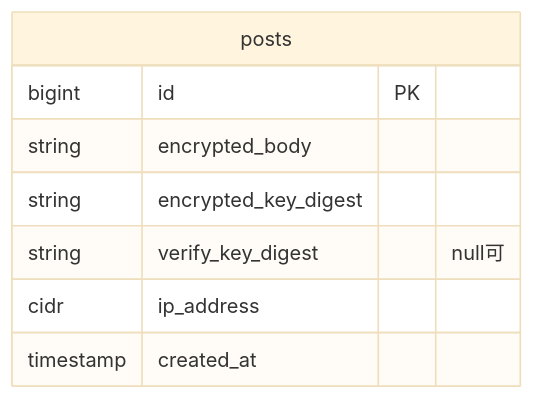
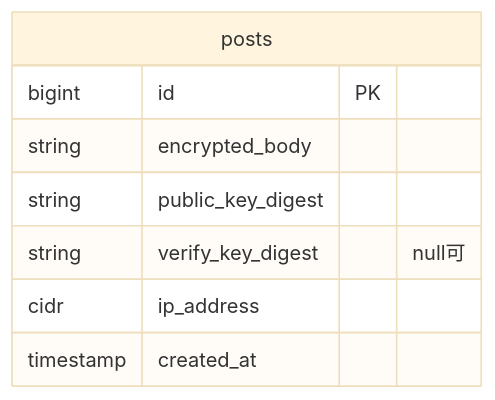
The first of 3 diagrams in docs/db-relations.md (nanasi-1/encrypted-board), drawn with Mermaid (base theme) before and after one commit. The commit also changed other lines of this file and 11 other files, not shown here.

````diff
--- a/docs/db-relations.md
+++ b/docs/db-relations.md
@@ -11,11 +11,11 @@
 ```mermaid
 erDiagram
 posts {
   bigint id PK
   string encrypted_body
-  string encrypted_key_digest
+  string public_key_digest
   string verify_key_digest "null可"
   cidr ip_address
   timestamp created_at
 }
 ```
````
